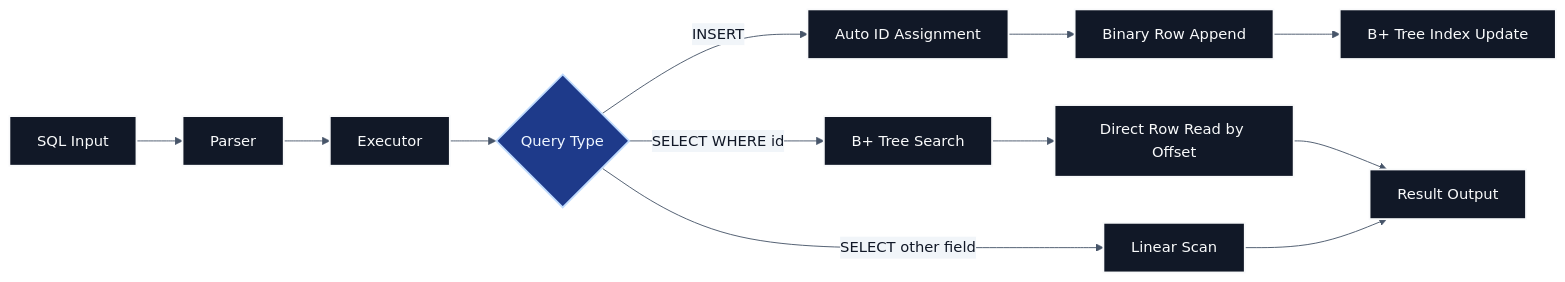
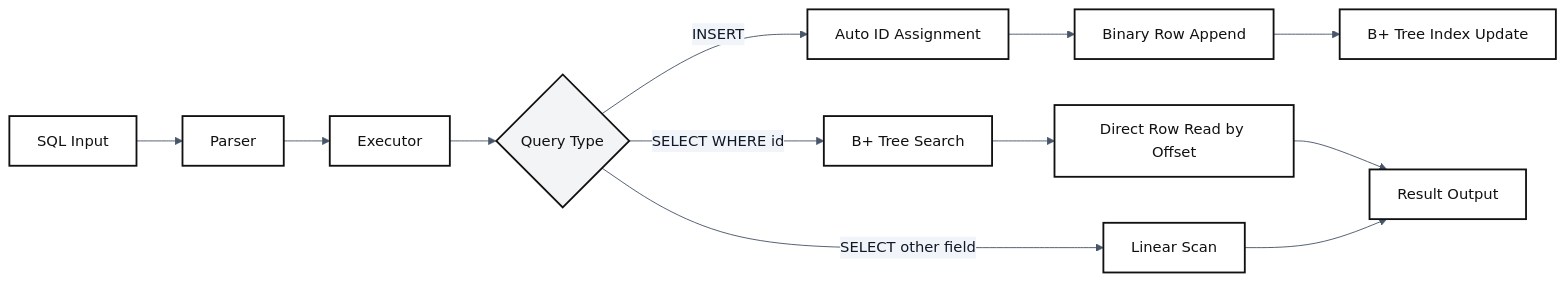
The fourth of 14 diagrams in README.md (Jungle-12-303/week7-team1-sql-2), drawn with Mermaid before and after one commit. The commit also changed other lines of this file, not shown here.

Commit message:
Refine README diagram colors for light mode

````diff
--- a/README.md
+++ b/README.md
@@ -208,33 +208,33 @@
 ```mermaid
 %%{init: {
   "theme": "base",
   "themeVariables": {
     "background": "#ffffff",
     "primaryColor": "#f8fafc",
     "primaryTextColor": "#111827",
     "primaryBorderColor": "#334155",
     "lineColor": "#475569",
     "secondaryColor": "#f1f5f9",
     "secondaryTextColor": "#111827",
     "tertiaryColor": "#e2e8f0",
     "tertiaryTextColor": "#111827"
   }
 }}%%
 flowchart LR
     A["SQL Input"] --> B["Parser"]
     B --> C["Executor"]
     C --> D{"Query Type"}
     D -->|INSERT| E["Auto ID Assignment"]
     E --> F["Binary Row Append"]
     F --> G["B+ Tree Index Update"]
     D -->|SELECT WHERE id| H["B+ Tree Search"]
     H --> I["Direct Row Read by Offset"]
     D -->|SELECT other field| J["Linear Scan"]
     I --> K["Result Output"]
     J --> K
 
-    classDef box fill:#111827,stroke:#f9fafb,stroke-width:2px,color:#f9fafb;
-    classDef decision fill:#1e3a8a,stroke:#bfdbfe,stroke-width:2px,color:#eff6ff;
+    classDef box fill:#ffffff,stroke:#111111,stroke-width:2px,color:#111111;
+    classDef decision fill:#f3f4f6,stroke:#111111,stroke-width:2px,color:#111111;
     class A,B,C,E,F,G,H,I,J,K box;
     class D decision;
 ```
````
